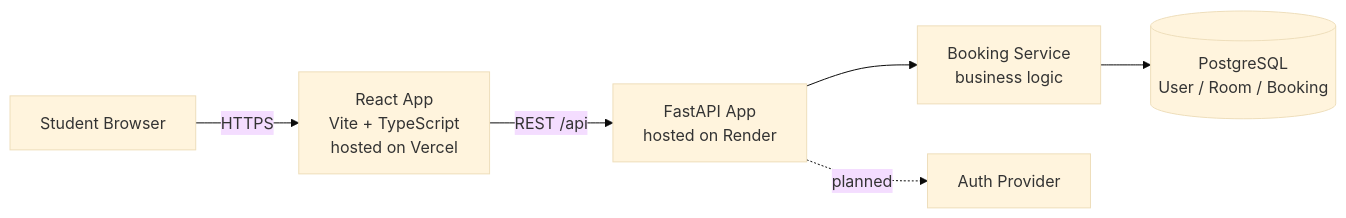
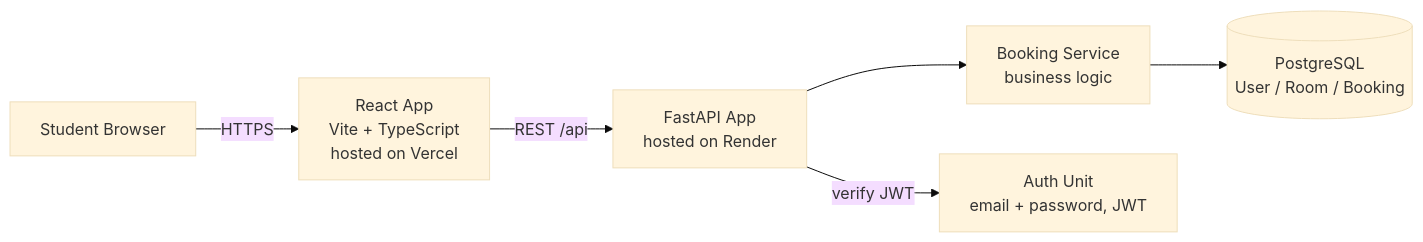
The diagram in docs/architecture.md (Tamchai/SDPX-Lab), drawn with Mermaid (base theme) before and after one commit. The commit also changed other lines of this file and 9 other files, not shown here.

````diff
--- a/docs/architecture.md
+++ b/docs/architecture.md
@@ -3,8 +3,8 @@
 ```mermaid
 flowchart LR
     U[Student Browser] -->|HTTPS| FE[React App<br/>Vite + TypeScript<br/>hosted on Vercel]
     FE -->|REST /api| API[FastAPI App<br/>hosted on Render]
     API --> SVC[Booking Service<br/>business logic]
     SVC --> REPO[(PostgreSQL<br/>User / Room / Booking)]
-    API -.->|planned| AUTH[Auth Provider]
+    API -->|verify JWT| AUTH[Auth Unit<br/>email + password, JWT]
 ```
````
